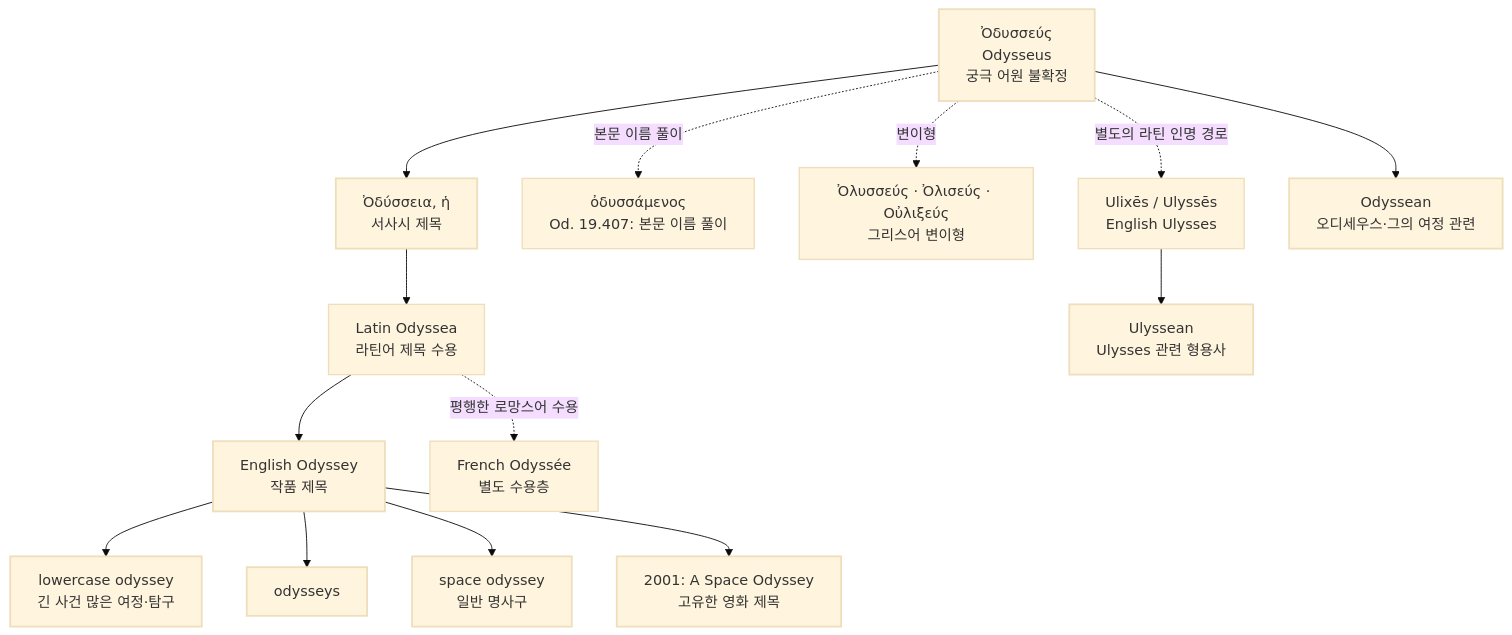
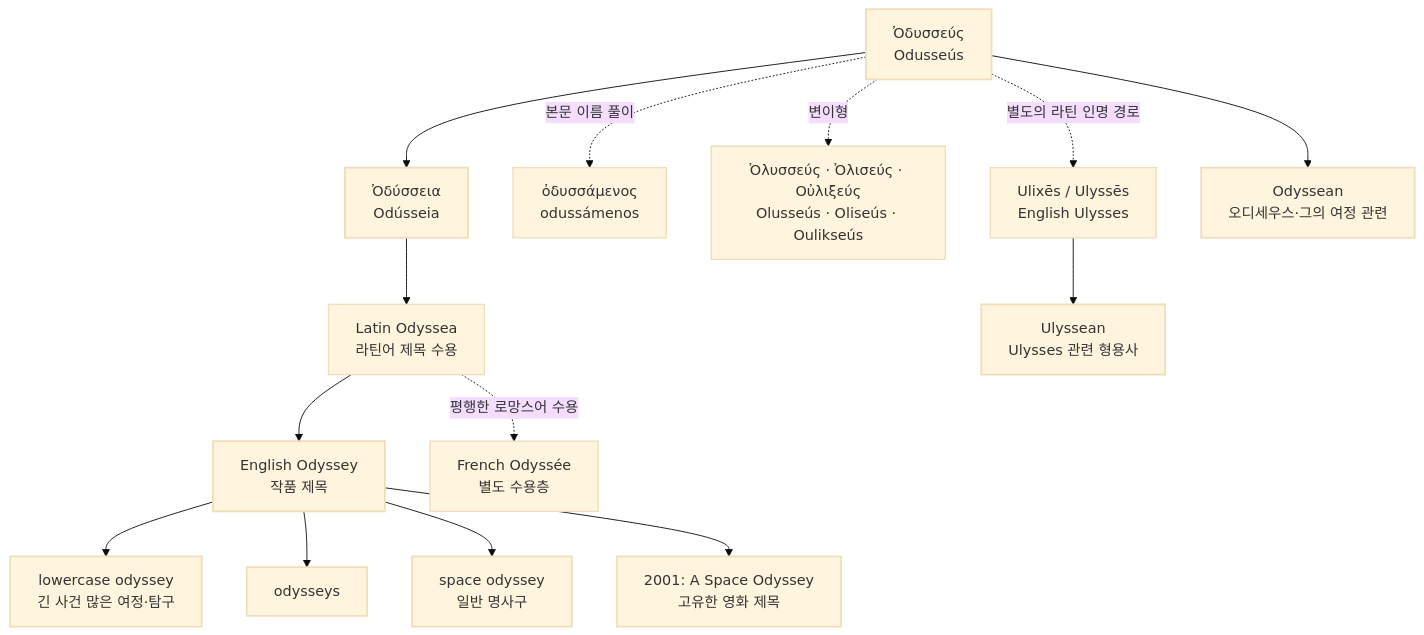
The diagram in words/word-odyssey.md (YgHnSIM/Homer_wiki), drawn with Mermaid (base theme) before and after one commit. The commit also changed other lines of this file and 28 other files, not shown here.

````diff
--- a/words/word-odyssey.md
+++ b/words/word-odyssey.md
@@ -49,25 +60,25 @@
 ```mermaid
 graph TD
-    NAME["Ὀδυσσεύς<br/>Odysseus<br/>궁극 어원 불확정"]:::greek --> TITLE["Ὀδύσσεια, ἡ<br/>서사시 제목"]:::greek
-    P["ὀδυσσάμενος<br/>Od. 19.407: 본문 이름 풀이"]:::note
-    VAR["Ὀλυσσεύς · Ὀλισεύς · Οὐλιξεύς<br/>그리스어 변이형"]:::variant
+    NAME["Ὀδυσσεύς<br/>Odusseús"]:::greek --> TITLE["Ὀδύσσεια<br/>Odússeia"]:::greek
+    P["ὀδυσσάμενος<br/>odussámenos"]:::note
+    VAR["Ὀλυσσεύς · Ὀλισεύς · Οὐλιξεύς<br/>Olusseús · Oliseús · Oulikseús"]:::variant
     NAME -. "본문 이름 풀이" .-> P
     NAME -. "변이형" .-> VAR
     TITLE --> LAT["Latin Odyssea<br/>라틴어 제목 수용"]:::latin
     LAT --> MOD["English Odyssey<br/>작품 제목"]:::english
     MOD --> COMMON["lowercase odyssey<br/>긴 사건 많은 여정·탐구"]:::english
     LAT -. "평행한 로망스어 수용" .-> FR["French Odyssée<br/>별도 수용층"]:::latin
     NAME -. "별도의 라틴 인명 경로" .-> ULI["Ulixēs / Ulyssēs<br/>English Ulysses"]:::latin
     ULI --> UADJ["Ulyssean<br/>Ulysses 관련 형용사"]:::english
     NAME --> ADJ["Odyssean<br/>오디세우스·그의 여정 관련"]:::english
     MOD --> PL["odysseys"]:::english
     MOD --> SPACE["space odyssey<br/>일반 명사구"]:::english
     MOD --> FILM["2001: A Space Odyssey<br/>고유한 영화 제목"]:::english
 
     classDef substrate stroke-width:1.5px;
     classDef greek stroke-width:2px;
     classDef variant stroke-width:1.5px;
     classDef latin stroke-width:1.5px;
     classDef english stroke-width:2px;
     classDef note stroke-width:1.5px;
 ```
````
